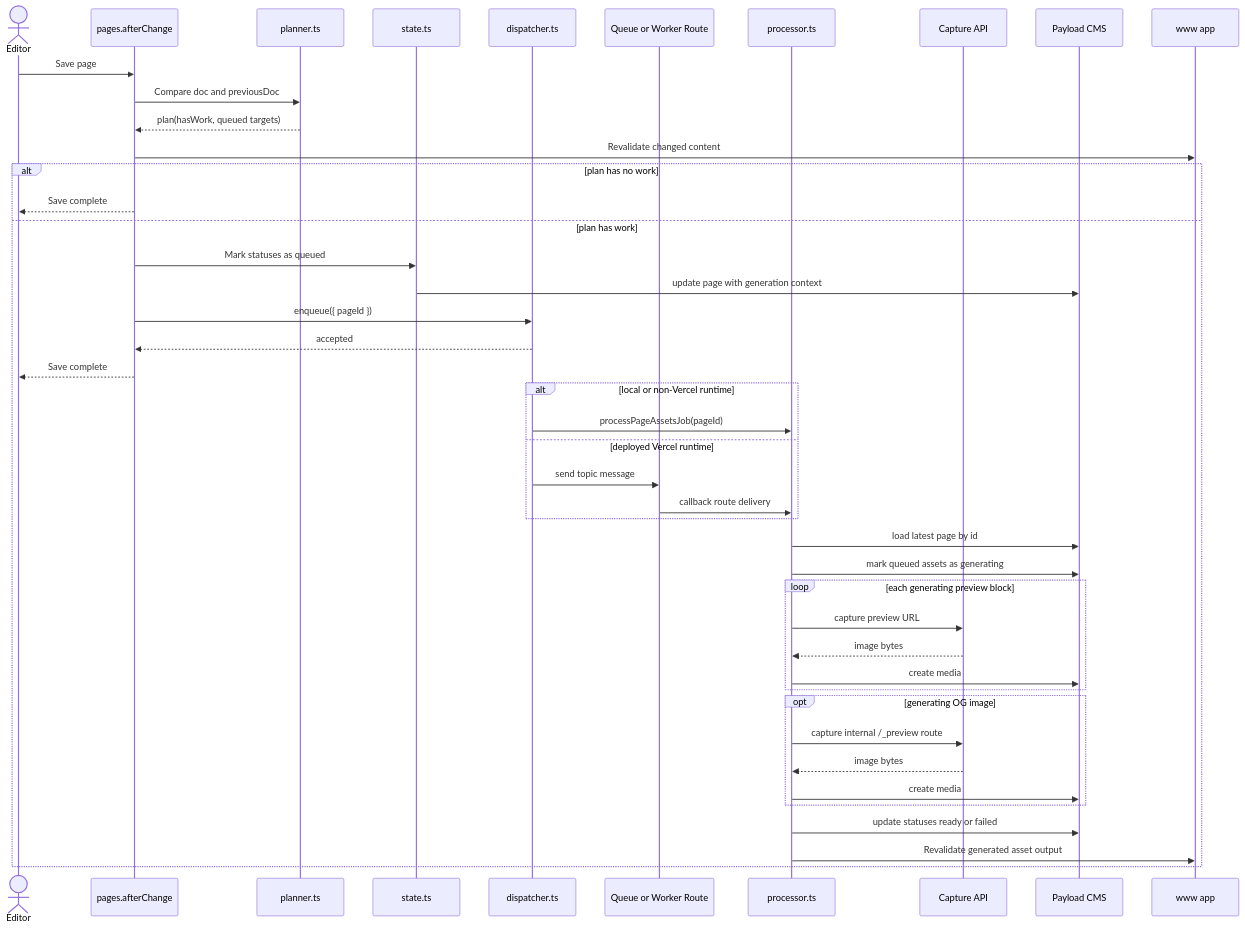
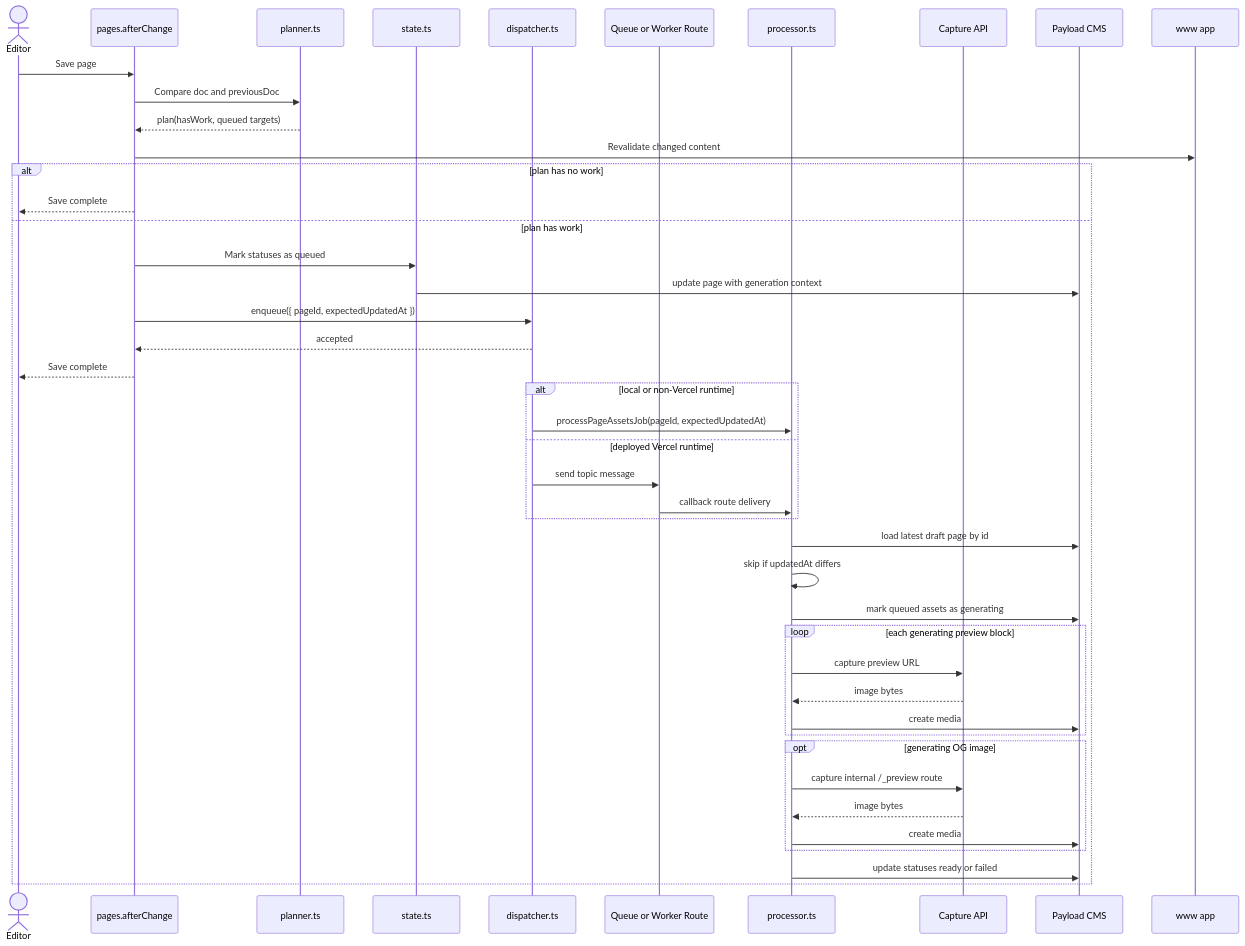
One commit to navelorange1999/www.chankay.com changed the second of 4 diagrams in apps/admin/src/services/pageAssets/README.md. Above: the diagram before and after it, drawn with Mermaid. The commit also changed other lines of this file and 147 other files, not shown here.

````diff
--- a/apps/admin/src/services/pageAssets/README.md
+++ b/apps/admin/src/services/pageAssets/README.md
@@ -90,47 +91,47 @@
 ```mermaid
 sequenceDiagram
 	actor Editor
 	participant Hook as pages.afterChange
 	participant Planner as planner.ts
 	participant State as state.ts
 	participant Dispatcher as dispatcher.ts
 	participant Queue as Queue or Worker Route
 	participant Processor as processor.ts
 	participant Browserless as Capture API
 	participant Payload as Payload CMS
 	participant WWW as www app
 
 	Editor->>Hook: Save page
 	Hook->>Planner: Compare doc and previousDoc
 	Planner-->>Hook: plan(hasWork, queued targets)
 	Hook->>WWW: Revalidate changed content
 	alt plan has no work
 		Hook-->>Editor: Save complete
 	else plan has work
 		Hook->>State: Mark statuses as queued
 		State->>Payload: update page with generation context
-		Hook->>Dispatcher: enqueue({ pageId })
+		Hook->>Dispatcher: enqueue({ pageId, expectedUpdatedAt })
 		Dispatcher-->>Hook: accepted
 		Hook-->>Editor: Save complete
 		alt local or non-Vercel runtime
-			Dispatcher->>Processor: processPageAssetsJob(pageId)
+			Dispatcher->>Processor: processPageAssetsJob(pageId, expectedUpdatedAt)
 		else deployed Vercel runtime
 			Dispatcher->>Queue: send topic message
 			Queue->>Processor: callback route delivery
 		end
-		Processor->>Payload: load latest page by id
+		Processor->>Payload: load latest draft page by id
+		Processor->>Processor: skip if updatedAt differs
 		Processor->>Payload: mark queued assets as generating
 		loop each generating preview block
 			Processor->>Browserless: capture preview URL
 			Browserless-->>Processor: image bytes
 			Processor->>Payload: create media
 		end
 		opt generating OG image
 			Processor->>Browserless: capture internal /_preview route
 			Browserless-->>Processor: image bytes
 			Processor->>Payload: create media
 		end
 		Processor->>Payload: update statuses ready or failed
-		Processor->>WWW: Revalidate generated asset output
 	end
 ```
````
